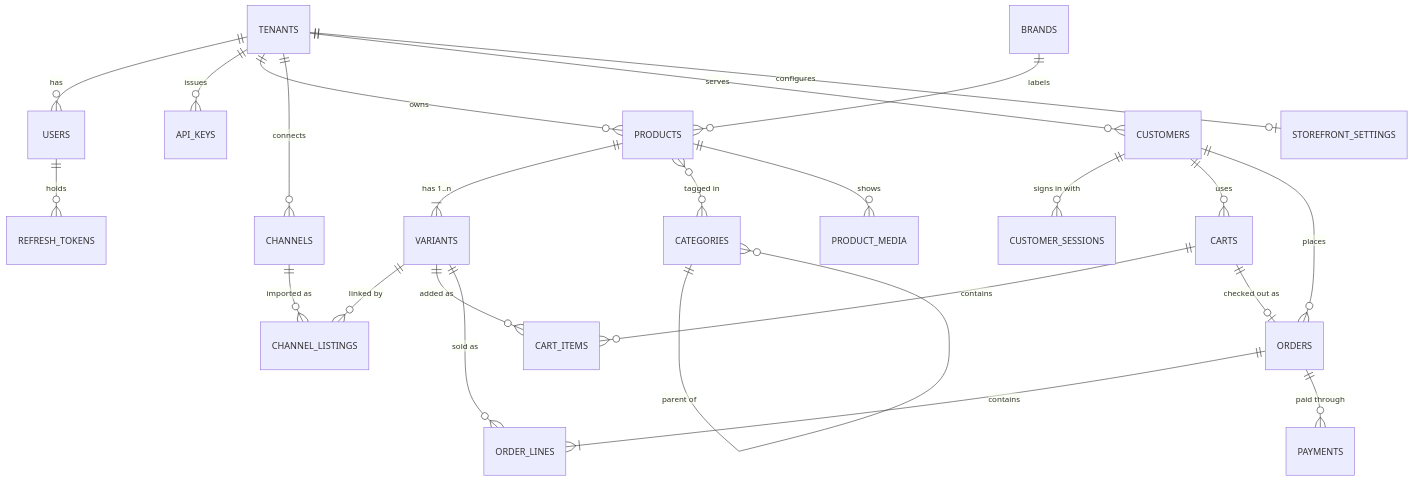
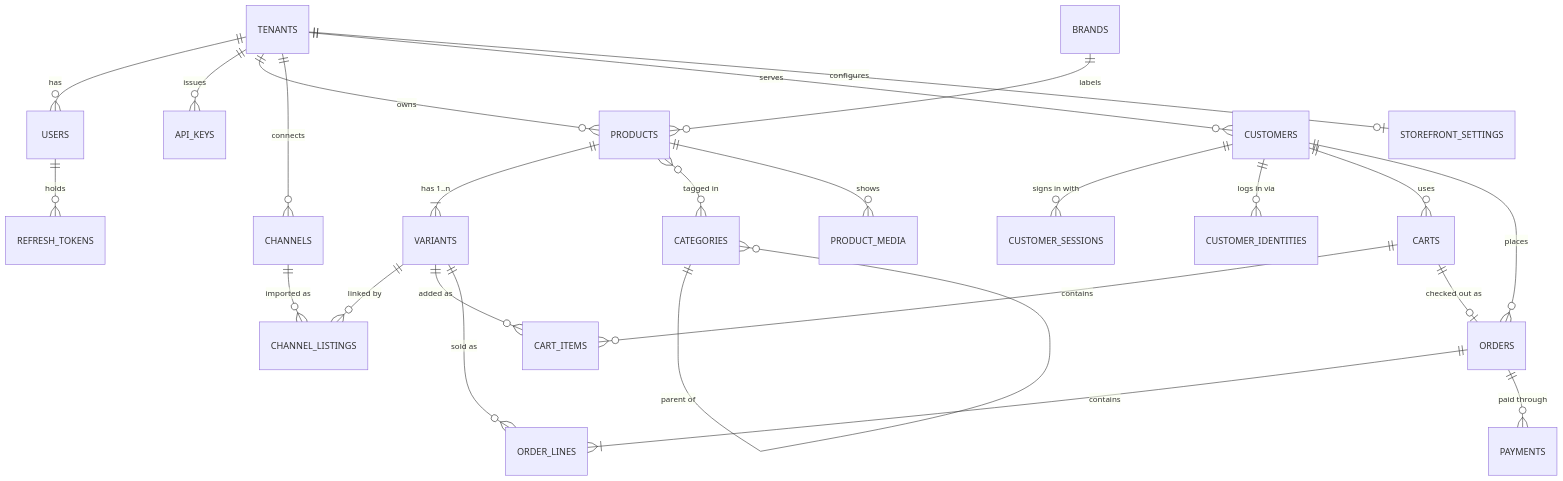
One commit to miqbalhamdani/new-commerce-contracts changed the diagram in 03-erd.md. Above: the diagram before and after it, drawn with Mermaid. The commit also changed other lines of this file and 6 other files, not shown here.

````diff
--- a/03-erd.md
+++ b/03-erd.md
@@ -12,26 +12,27 @@
 ```mermaid
 erDiagram
   TENANTS ||--o{ USERS : has
   TENANTS ||--o{ API_KEYS : issues
   TENANTS ||--o{ PRODUCTS : owns
   TENANTS ||--o{ CHANNELS : connects
   TENANTS ||--o{ CUSTOMERS : serves
   USERS ||--o{ REFRESH_TOKENS : holds
   BRANDS ||--o{ PRODUCTS : labels
   PRODUCTS ||--|{ VARIANTS : "has 1..n"
   PRODUCTS }o--o{ CATEGORIES : "tagged in"
   CATEGORIES ||--o{ CATEGORIES : "parent of"
   PRODUCTS ||--o{ PRODUCT_MEDIA : shows
   CHANNELS ||--o{ CHANNEL_LISTINGS : "imported as"
   VARIANTS ||--o{ CHANNEL_LISTINGS : "linked by"
   VARIANTS ||--o{ CART_ITEMS : "added as"
   VARIANTS ||--o{ ORDER_LINES : "sold as"
   CUSTOMERS ||--o{ CUSTOMER_SESSIONS : "signs in with"
+  CUSTOMERS ||--o{ CUSTOMER_IDENTITIES : "logs in via"
   CUSTOMERS ||--o{ CARTS : uses
   CUSTOMERS ||--o{ ORDERS : places
   CARTS ||--o{ CART_ITEMS : contains
   CARTS ||--o| ORDERS : "checked out as"
   ORDERS ||--|{ ORDER_LINES : contains
   ORDERS ||--o{ PAYMENTS : "paid through"
   TENANTS ||--o| STOREFRONT_SETTINGS : configures
 ```
````
